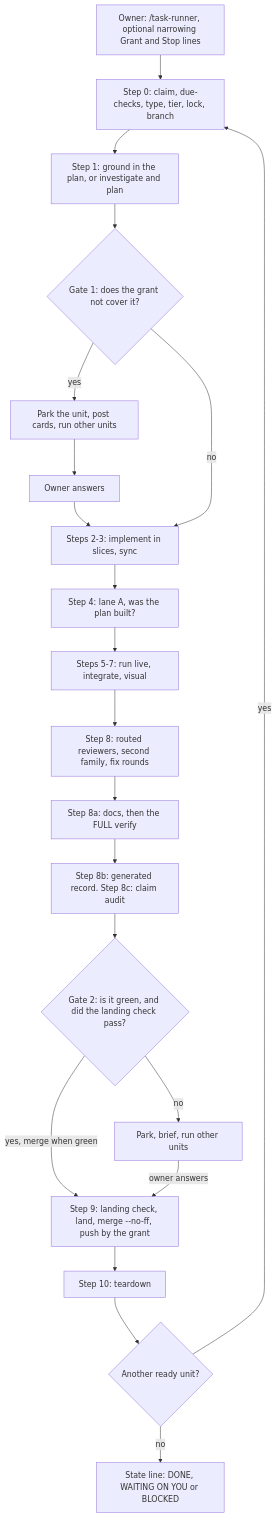
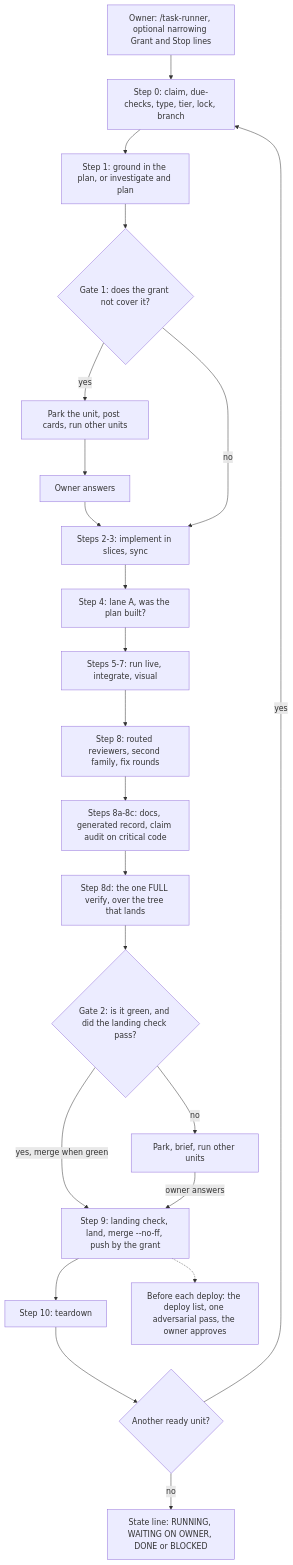
Before and after one commit to biji-dev/ecc-js: the first of 5 diagrams in docs/HARNESS.md, drawn with Mermaid. The commit also changed other lines of this file, not shown here.

````diff
--- a/docs/HARNESS.md
+++ b/docs/HARNESS.md
@@ -104,23 +104,24 @@
 ```mermaid
 flowchart TD
   K["Owner: /task-runner, optional narrowing Grant and Stop lines"] --> C["Step 0: claim, due-checks, type, tier, lock, branch"]
   C --> G["Step 1: ground in the plan, or investigate and plan"]
   G --> G1{"Gate 1: does the grant not cover it?"}
   G1 -- "yes" --> P1["Park the unit, post cards, run other units"]
   P1 --> G1A["Owner answers"]
   G1A --> I
   G1 -- "no" --> I["Steps 2-3: implement in slices, sync"]
   I --> A["Step 4: lane A, was the plan built?"]
   A --> L["Steps 5-7: run live, integrate, visual"]
   L --> R["Step 8: routed reviewers, second family, fix rounds"]
-  R --> V["Step 8a: docs, then the FULL verify"]
-  V --> RC["Step 8b: generated record. Step 8c: claim audit"]
-  RC --> G2{"Gate 2: is it green, and did the landing check pass?"}
+  R --> RC["Steps 8a-8c: docs, generated record, claim audit on critical code"]
+  RC --> V["Step 8d: the one FULL verify, over the tree that lands"]
+  V --> G2{"Gate 2: is it green, and did the landing check pass?"}
   G2 -- "yes, merge when green" --> M["Step 9: landing check, land, merge --no-ff, push by the grant"]
   G2 -- "no" --> P2["Park, brief, run other units"]
   P2 -- "owner answers" --> M
   M --> T["Step 10: teardown"]
   T --> N{"Another ready unit?"}
   N -- "yes" --> C
-  N -- "no" --> E["State line: DONE, WAITING ON YOU or BLOCKED"]
+  N -- "no" --> E["State line: RUNNING, WAITING ON OWNER, DONE or BLOCKED"]
+  M -.-> D["Before each deploy: the deploy list, one adversarial pass, the owner approves"]
 ```
````
